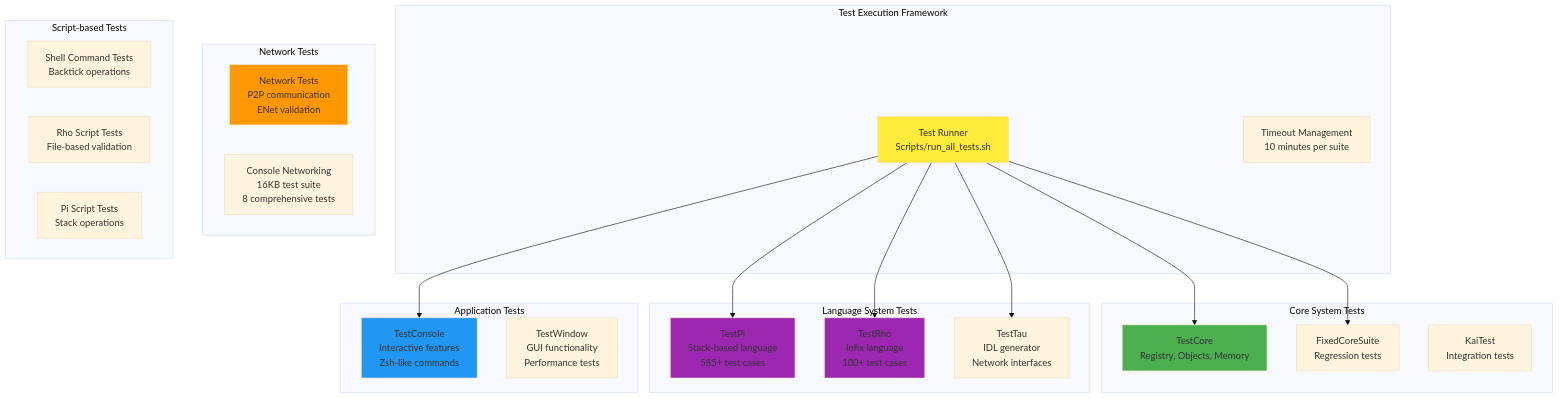
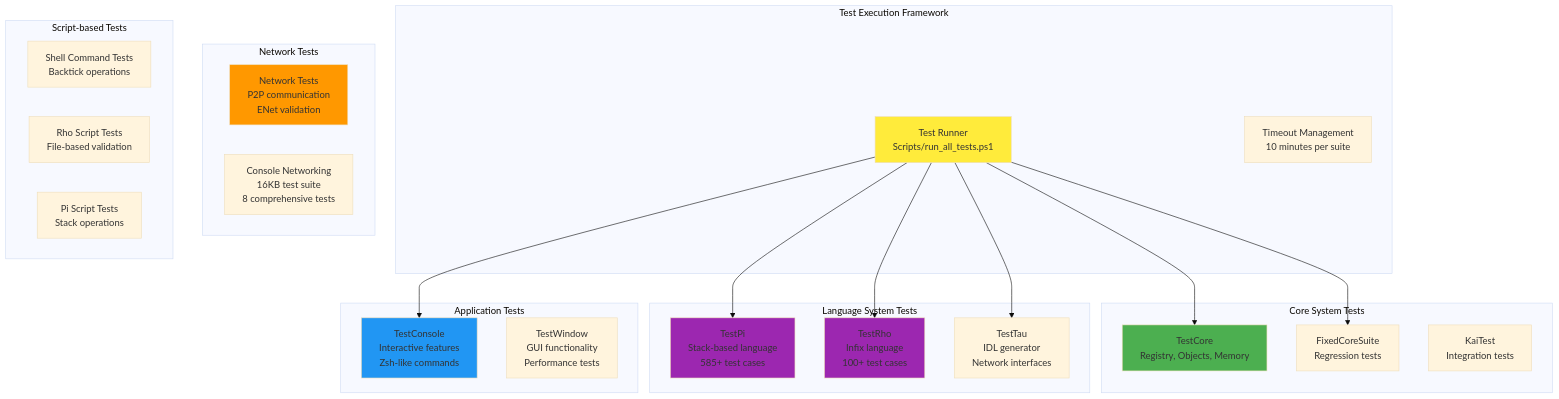
Before and after one commit to cschladetsch/CppKAI: the first of 8 diagrams in resources/diagrams/test-system-architecture.md, drawn with Mermaid (base theme). The commit also changed other lines of this file and 76 other files, not shown here.

````diff
--- a/resources/diagrams/test-system-architecture.md
+++ b/resources/diagrams/test-system-architecture.md
@@ -5,49 +5,49 @@
 ```mermaid
 graph TB
     subgraph "Test Execution Framework"
-        RUNNER[Test Runner<br/>Scripts/run_all_tests.sh]
+        RUNNER[Test Runner<br/>Scripts/run_all_tests.ps1]
         TIMEOUT[Timeout Management<br/>10 minutes per suite]
     end
     
     subgraph "Core System Tests"
         CORE_TESTS[TestCore<br/>Registry, Objects, Memory]
         FIXED_TESTS[FixedCoreSuite<br/>Regression tests]
         KAI_TESTS[KaiTest<br/>Integration tests]
     end
     
     subgraph "Language System Tests"
         PI_TESTS[TestPi<br/>Stack-based language<br/>585+ test cases]
         RHO_TESTS[TestRho<br/>Infix language<br/>100+ test cases]
         TAU_TESTS[TestTau<br/>IDL generator<br/>Network interfaces]
     end
     
     subgraph "Application Tests"
         CONSOLE_TESTS[TestConsole<br/>Interactive features<br/>Zsh-like commands]
         WINDOW_TESTS[TestWindow<br/>GUI functionality<br/>Performance tests]
     end
     
     subgraph "Network Tests"
         NET_TESTS[Network Tests<br/>P2P communication<br/>ENet validation]
         CONSOLE_NET[Console Networking<br/>16KB test suite<br/>8 comprehensive tests]
     end
     
     subgraph "Script-based Tests"
         SHELL_TESTS[Shell Command Tests<br/>Backtick operations]
         RHO_SCRIPTS[Rho Script Tests<br/>File-based validation]
         PI_SCRIPTS[Pi Script Tests<br/>Stack operations]
     end
     
     RUNNER --> CORE_TESTS
     RUNNER --> FIXED_TESTS
     RUNNER --> PI_TESTS
     RUNNER --> RHO_TESTS
     RUNNER --> TAU_TESTS
     RUNNER --> CONSOLE_TESTS
     
     style RUNNER fill:#ffeb3b
     style CORE_TESTS fill:#4caf50
     style PI_TESTS fill:#9c27b0
     style RHO_TESTS fill:#9c27b0
     style CONSOLE_TESTS fill:#2196f3
     style NET_TESTS fill:#ff9800
 ```
````
